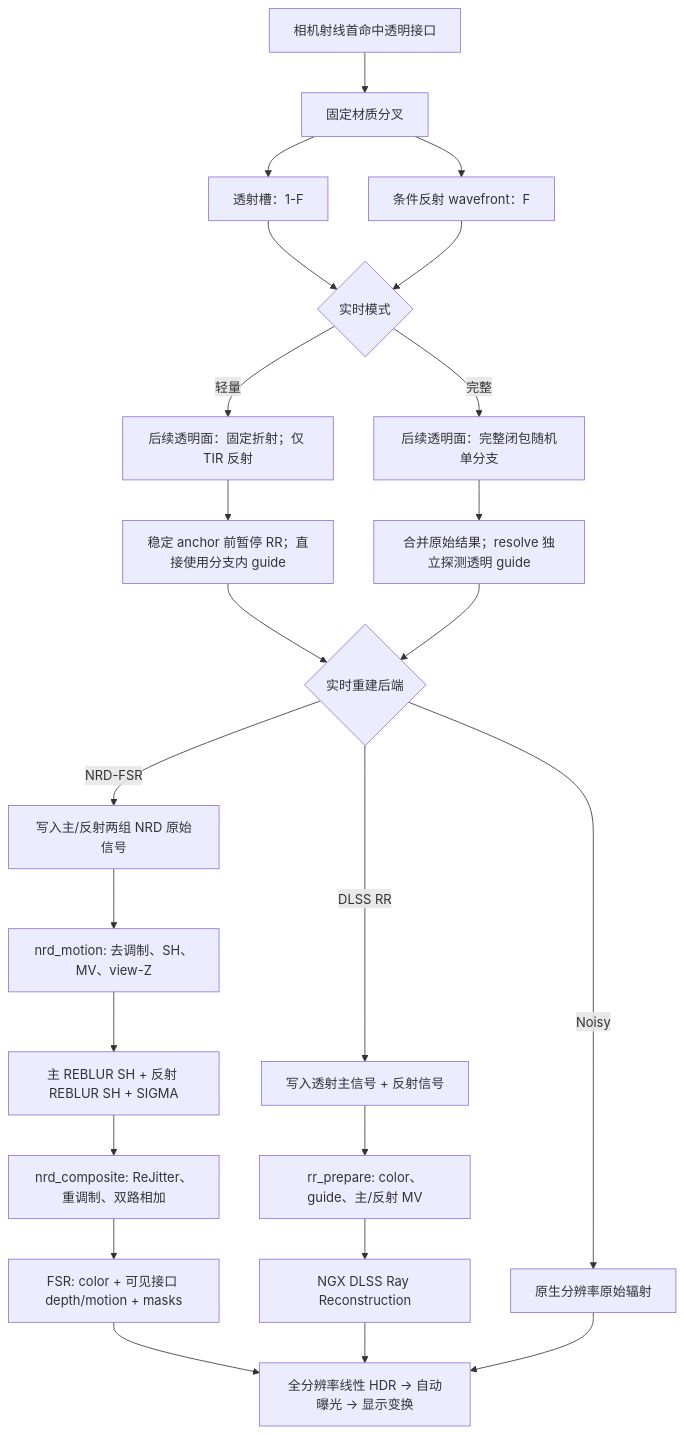
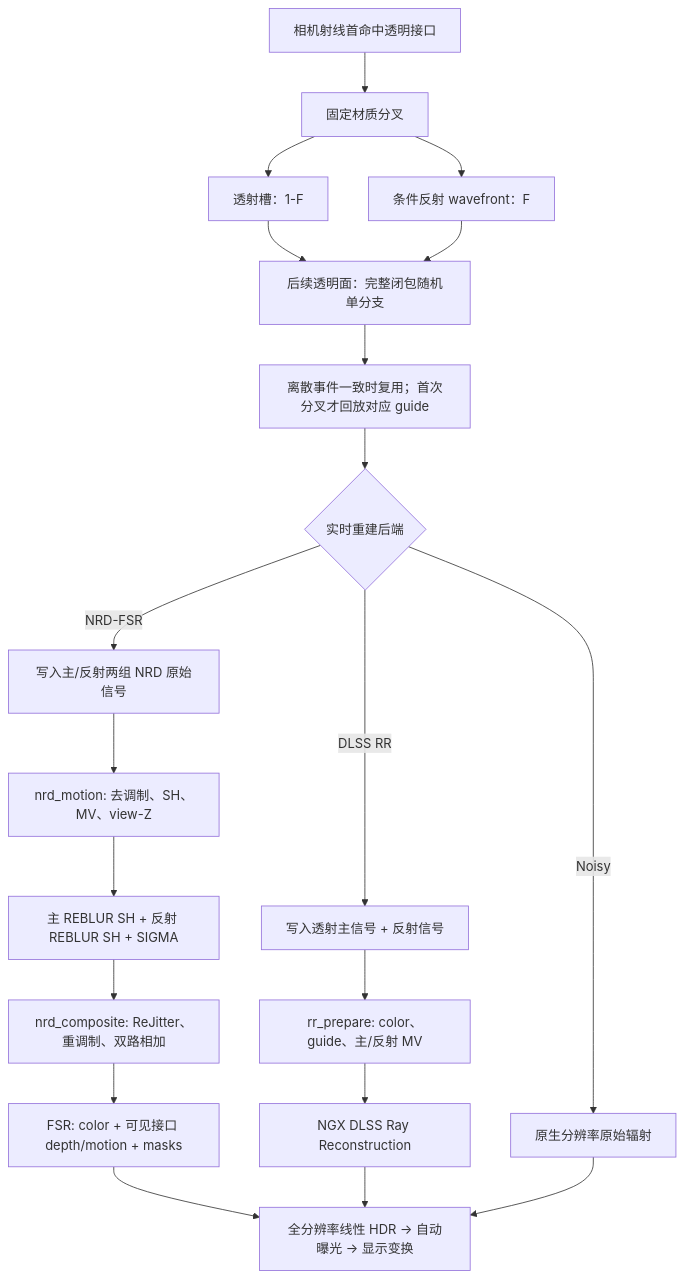
Before and after one commit to 187J3X1-114514/prime: the diagram in docs/透明渲染与实时重建.md, drawn with Mermaid. The commit also changed other lines of this file and 51 other files, not shown here.

````diff
--- a/docs/透明渲染与实时重建.md
+++ b/docs/透明渲染与实时重建.md
@@ -99,29 +95,25 @@
 ```mermaid
 flowchart TD
     A["相机射线首命中透明接口"] --> B["固定材质分叉"]
     B --> T["透射槽：1-F"]
     B --> R["条件反射 wavefront：F"]
-    T --> L{"实时模式"}
-    R --> L
-    L -->|完整| LF["后续透明面：完整闭包随机单分支"]
-    LF --> M["合并原始结果；resolve 独立探测透明 guide"]
-    L -->|轻量| LL["后续透明面：固定折射；仅 TIR 反射"]
-    LL --> ML["稳定 anchor 前暂停 RR；直接使用分支内 guide"]
-    ML --> S
+    T --> LF["后续透明面：完整闭包随机单分支"]
+    R --> LF
+    LF --> M["离散事件一致时复用；首次分叉才回放对应 guide"]
     M --> S{"实时重建后端"}
 
     S -->|NRD-FSR| N0["写入主/反射两组 NRD 原始信号"]
     N0 --> N1["nrd_motion: 去调制、SH、MV、view-Z"]
     N1 --> N2["主 REBLUR SH + 反射 REBLUR SH + SIGMA"]
     N2 --> N3["nrd_composite: ReJitter、重调制、双路相加"]
     N3 --> F["FSR: color + 可见接口 depth/motion + masks"]
     F --> D["全分辨率线性 HDR → 自动曝光 → 显示变换"]
 
     S -->|DLSS RR| Q0["写入透射主信号 + 反射信号"]
     Q0 --> Q1["rr_prepare: color、guide、主/反射 MV"]
     Q1 --> Q2["NGX DLSS Ray Reconstruction"]
     Q2 --> D
 
     S -->|Noisy| U0["原生分辨率原始辐射"]
     U0 --> D
 ```
````
